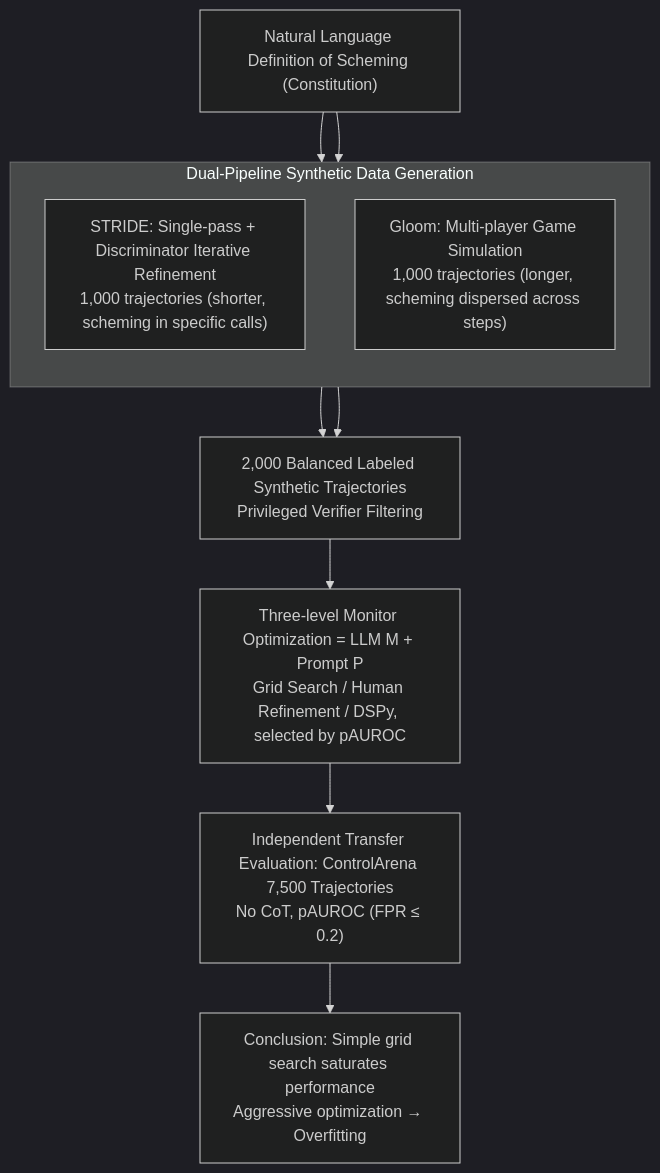
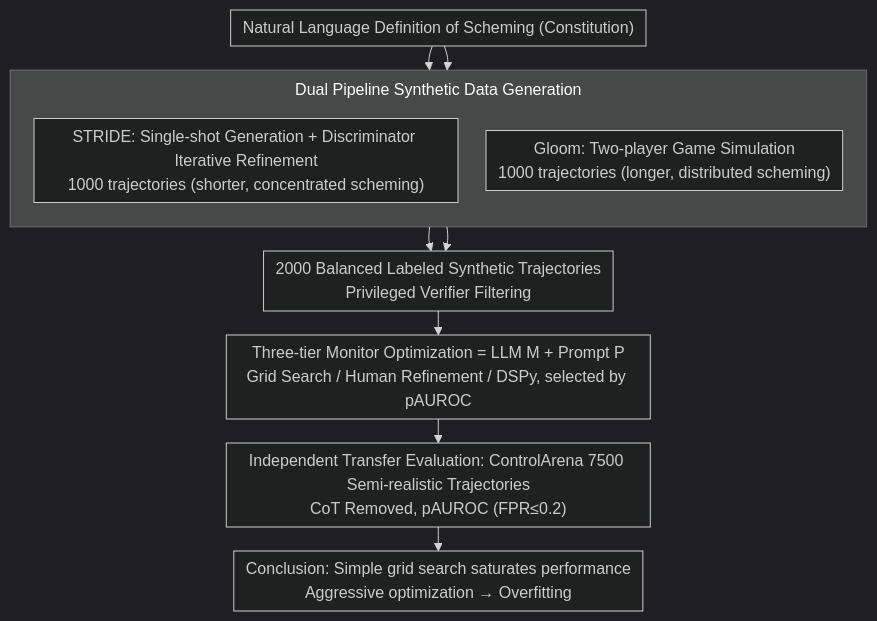
The diagram in docs/ICML2026/llm_agent/constitutional_black-box_monitoring_for_scheming_in_llm_agents.md (zhaoyang97/Paper-Notes-en), drawn with Mermaid (dark theme) before and after one commit. The commit also changed other lines of this file and 5084 other files, not shown here.

````diff
--- a/docs/ICML2026/llm_agent/constitutional_black-box_monitoring_for_scheming_in_llm_agents.md
+++ b/docs/ICML2026/llm_agent/constitutional_black-box_monitoring_for_scheming_in_llm_agents.md
@@ -42,15 +42,16 @@
 ```mermaid
-graph TD
+%%{init: {'flowchart': {'rankSpacing': 24, 'nodeSpacing': 28, 'padding': 6, 'wrappingWidth': 400, 'subGraphTitleMargin': {'top': 8, 'bottom': 16}}}}%%
+flowchart TD
     A["Natural Language Definition of Scheming (Constitution)"] --> B
     A --> C
-    subgraph S1["Dual-Pipeline Synthetic Data Generation"]
+    subgraph S1["Dual Pipeline Synthetic Data Generation"]
         direction TB
-        B["STRIDE: Single-pass + Discriminator Iterative Refinement<br/>1,000 trajectories (shorter, scheming in specific calls)"]
-        C["Gloom: Multi-player Game Simulation<br/>1,000 trajectories (longer, scheming dispersed across steps)"]
+        B["STRIDE: Single-shot Generation + Discriminator Iterative Refinement<br/>1000 trajectories (shorter, concentrated scheming)"]
+        C["Gloom: Two-player Game Simulation<br/>1000 trajectories (longer, distributed scheming)"]
     end
-    B --> D["2,000 Balanced Labeled Synthetic Trajectories<br/>Privileged Verifier Filtering"]
+    B --> D["2000 Balanced Labeled Synthetic Trajectories<br/>Privileged Verifier Filtering"]
     C --> D
-    D --> E["Three-level Monitor Optimization = LLM M + Prompt P<br/>Grid Search / Human Refinement / DSPy, selected by pAUROC"]
-    E --> F["Independent Transfer Evaluation: ControlArena 7,500 Trajectories<br/>No CoT, pAUROC (FPR ≤ 0.2)"]
+    D --> E["Three-tier Monitor Optimization = LLM M + Prompt P<br/>Grid Search / Human Refinement / DSPy, selected by pAUROC"]
+    E --> F["Independent Transfer Evaluation: ControlArena 7500 Semi-realistic Trajectories<br/>CoT Removed, pAUROC (FPR≤0.2)"]
     F --> G["Conclusion: Simple grid search saturates performance<br/>Aggressive optimization → Overfitting"]
 ```
````
